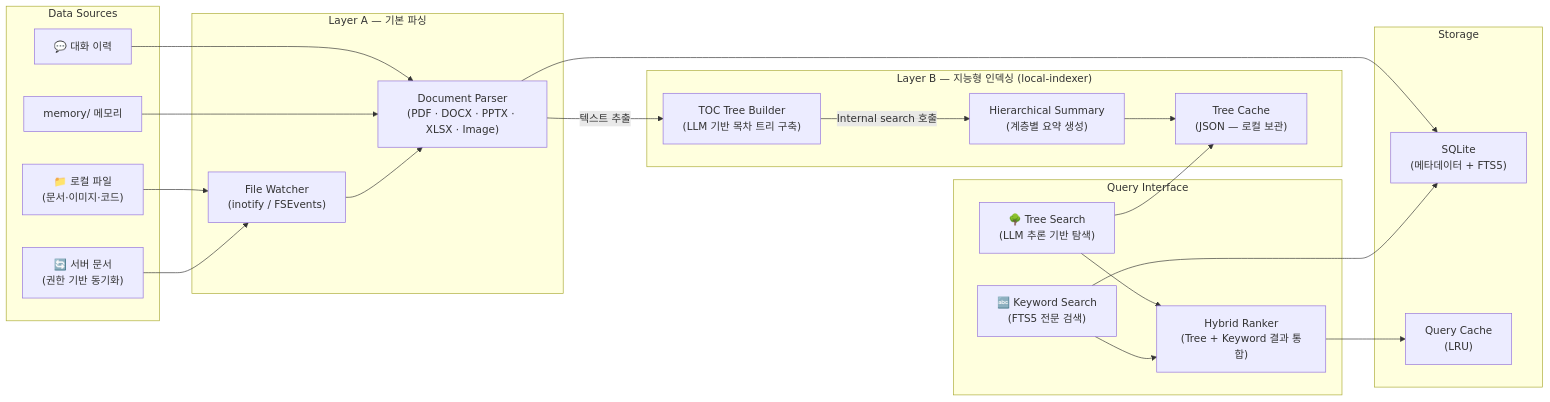
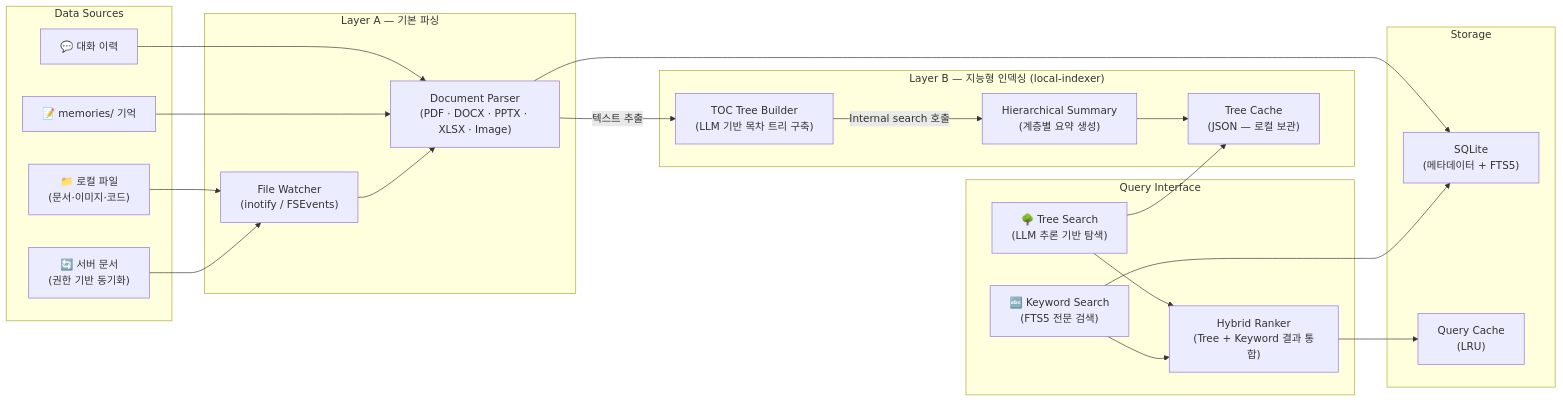
One commit to lvis-project/lvis-app changed the eighth of 44 diagrams in docs/architecture/architecture.md. Above: the diagram before and after it, drawn with Mermaid. The commit also changed other lines of this file and 48 other files, not shown here.

````diff
--- a/docs/architecture/architecture.md
+++ b/docs/architecture/architecture.md
@@ -474,48 +475,48 @@
 ```mermaid
 graph LR
     subgraph "Data Sources"
         LOCAL_FILES["📁 로컬 파일<br/>(문서·이미지·코드)"]
         SERVER_DOCS["🔄 서버 문서<br/>(권한 기반 동기화)"]
         CHAT_HISTORY["💬 대화 이력"]
-        NOTES["memory/ 메모리"]
+        NOTES["📝 memories/ 기억"]
     end
 
     subgraph "Layer A — 기본 파싱"
         WATCHER["File Watcher<br/>(inotify / FSEvents)"]
         PARSER["Document Parser<br/>(PDF · DOCX · PPTX · XLSX · Image)"]
     end
 
     subgraph "Layer B — 지능형 인덱싱 (local-indexer)"
         TREE_BUILD["TOC Tree Builder<br/>(LLM 기반 목차 트리 구축)"]
         TREE_SUMMARY["Hierarchical Summary<br/>(계층별 요약 생성)"]
         TREE_JSON["Tree Cache<br/>(JSON — 로컬 보관)"]
     end
 
     subgraph "Storage"
         SQLITE["SQLite<br/>(메타데이터 + FTS5)"]
         CACHE["Query Cache<br/>(LRU)"]
     end
 
     subgraph "Query Interface"
         TREE_SEARCH["🌳 Tree Search<br/>(LLM 추론 기반 탐색)"]
         KEYWORD["🔤 Keyword Search<br/>(FTS5 전문 검색)"]
         HYBRID["Hybrid Ranker<br/>(Tree + Keyword 결과 통합)"]
     end
 
     LOCAL_FILES --> WATCHER
     SERVER_DOCS --> WATCHER
     CHAT_HISTORY --> PARSER
     NOTES --> PARSER
 
     WATCHER --> PARSER
     PARSER --> SQLITE
     PARSER -->|"텍스트 추출"| TREE_BUILD
     TREE_BUILD -->|"Internal search 호출"| TREE_SUMMARY
     TREE_SUMMARY --> TREE_JSON
 
     TREE_SEARCH --> TREE_JSON
     KEYWORD --> SQLITE
     TREE_SEARCH --> HYBRID
     KEYWORD --> HYBRID
     HYBRID --> CACHE
 ```
````
